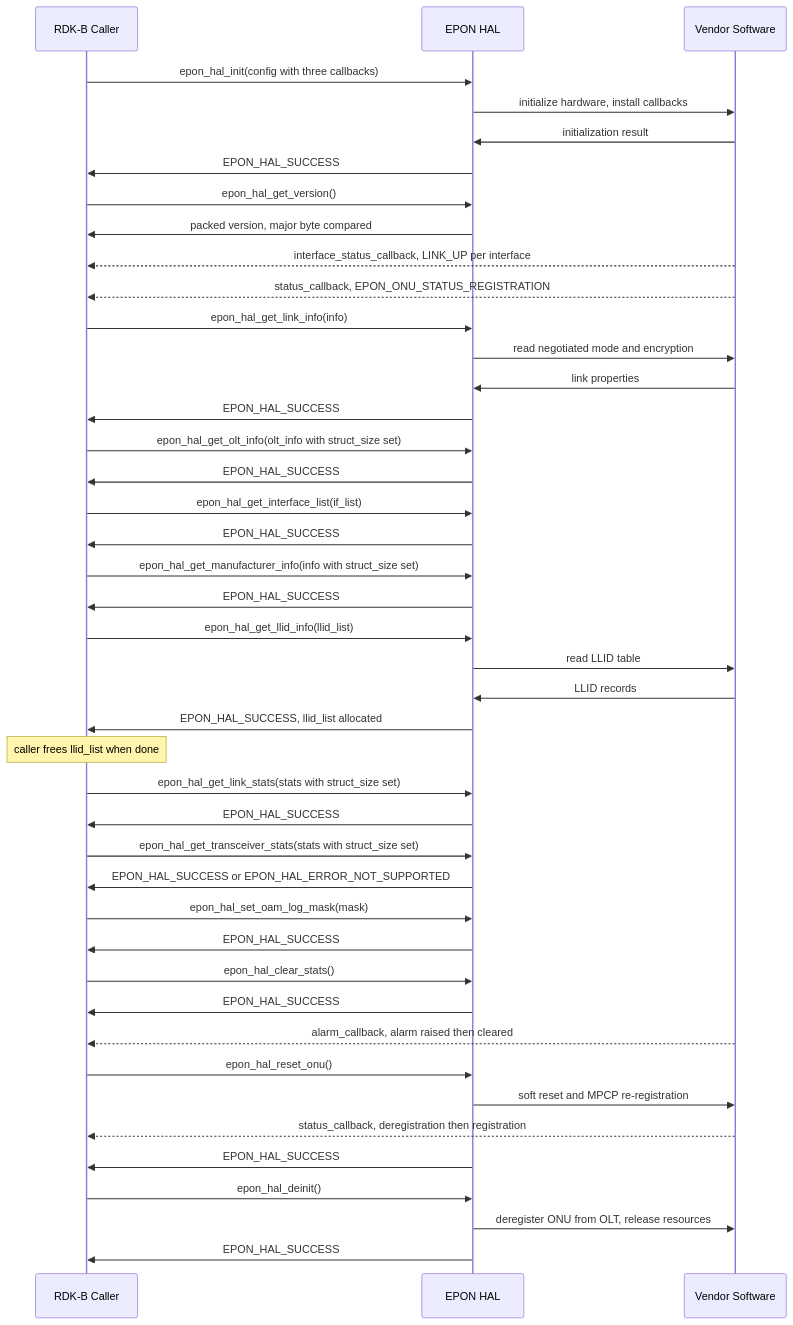
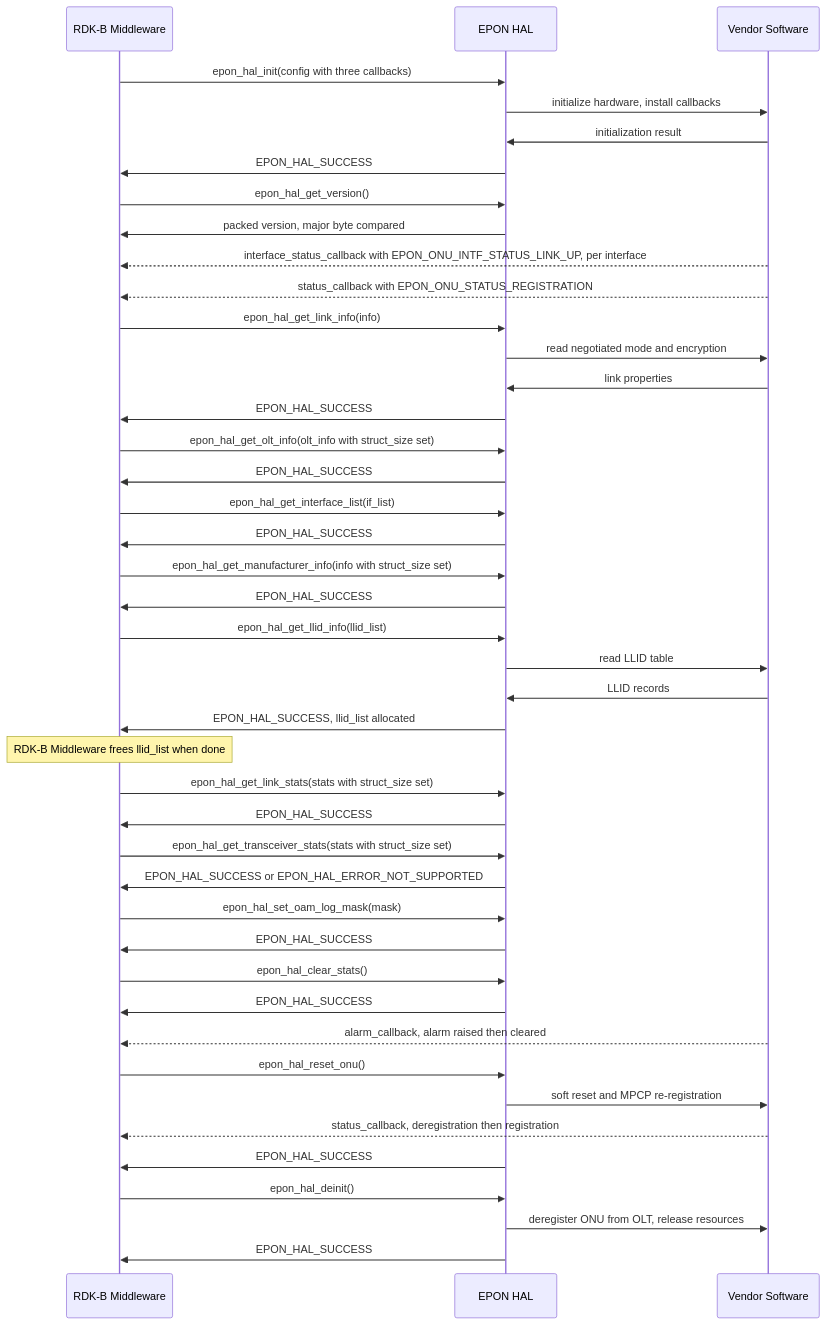
One commit to Blitzy-Sky/rdkb-halif-epon changed the second of 4 diagrams in docs/pages/halSpec.md. Above: the diagram before and after it, drawn with Mermaid. The commit also changed other lines of this file, not shown here.

First line of the commit message:
docs: simplify the EPON_HAL specification

````diff
--- a/docs/pages/halSpec.md
+++ b/docs/pages/halSpec.md
@@ -1188,45 +580,45 @@
 ```mermaid
 sequenceDiagram
-    participant Caller as RDK-B Caller
+    participant Caller as RDK-B Middleware
     participant HAL as EPON HAL
     participant Vendor as Vendor Software
     Caller->>HAL: epon_hal_init(config with three callbacks)
     HAL->>Vendor: initialize hardware, install callbacks
     Vendor->>HAL: initialization result
     HAL->>Caller: EPON_HAL_SUCCESS
     Caller->>HAL: epon_hal_get_version()
     HAL->>Caller: packed version, major byte compared
-    Vendor-->>Caller: interface_status_callback, LINK_UP per interface
-    Vendor-->>Caller: status_callback, EPON_ONU_STATUS_REGISTRATION
+    Vendor-->>Caller: interface_status_callback with EPON_ONU_INTF_STATUS_LINK_UP, per interface
+    Vendor-->>Caller: status_callback with EPON_ONU_STATUS_REGISTRATION
     Caller->>HAL: epon_hal_get_link_info(info)
     HAL->>Vendor: read negotiated mode and encryption
     Vendor->>HAL: link properties
     HAL->>Caller: EPON_HAL_SUCCESS
     Caller->>HAL: epon_hal_get_olt_info(olt_info with struct_size set)
     HAL->>Caller: EPON_HAL_SUCCESS
     Caller->>HAL: epon_hal_get_interface_list(if_list)
     HAL->>Caller: EPON_HAL_SUCCESS
     Caller->>HAL: epon_hal_get_manufacturer_info(info with struct_size set)
     HAL->>Caller: EPON_HAL_SUCCESS
     Caller->>HAL: epon_hal_get_llid_info(llid_list)
     HAL->>Vendor: read LLID table
     Vendor->>HAL: LLID records
     HAL->>Caller: EPON_HAL_SUCCESS, llid_list allocated
-    note over Caller: caller frees llid_list when done
+    note over Caller: RDK-B Middleware frees llid_list when done
     Caller->>HAL: epon_hal_get_link_stats(stats with struct_size set)
     HAL->>Caller: EPON_HAL_SUCCESS
     Caller->>HAL: epon_hal_get_transceiver_stats(stats with struct_size set)
     HAL->>Caller: EPON_HAL_SUCCESS or EPON_HAL_ERROR_NOT_SUPPORTED
     Caller->>HAL: epon_hal_set_oam_log_mask(mask)
     HAL->>Caller: EPON_HAL_SUCCESS
     Caller->>HAL: epon_hal_clear_stats()
     HAL->>Caller: EPON_HAL_SUCCESS
     Vendor-->>Caller: alarm_callback, alarm raised then cleared
     Caller->>HAL: epon_hal_reset_onu()
     HAL->>Vendor: soft reset and MPCP re-registration
     Vendor-->>Caller: status_callback, deregistration then registration
     HAL->>Caller: EPON_HAL_SUCCESS
     Caller->>HAL: epon_hal_deinit()
     HAL->>Vendor: deregister ONU from OLT, release resources
     HAL->>Caller: EPON_HAL_SUCCESS
 ```
````
